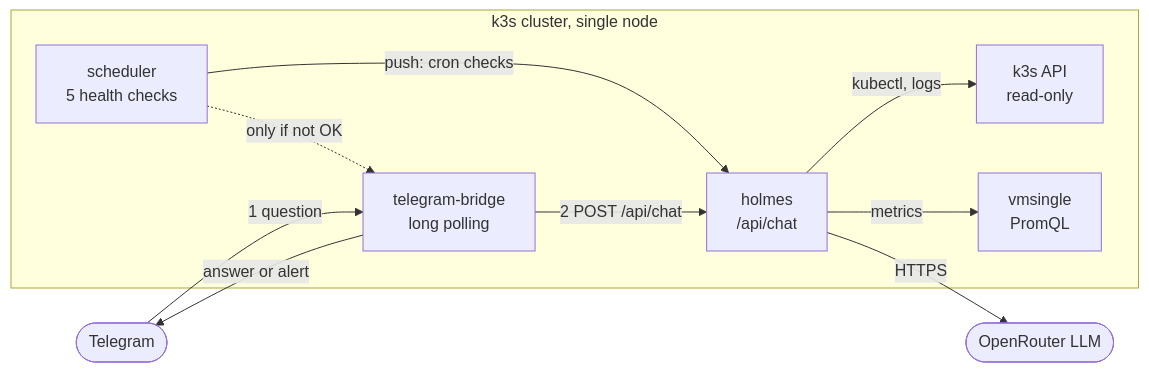
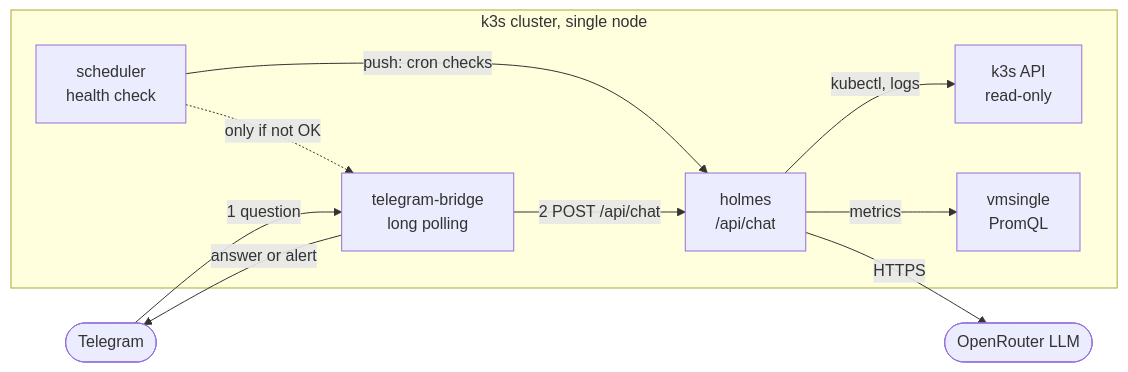
The diagram in content/posts/sherlock-holmes-in-a-bottle.md (lorenzogirardi/website), drawn with Mermaid before and after one commit. The commit also changed other lines of this file and 2 other files, not shown here.

Commit message:
post(sherlock-holmes): single health check, bash/internet toolsets, CVE demo (draft)

```diff
--- a/content/posts/sherlock-holmes-in-a-bottle.md
+++ b/content/posts/sherlock-holmes-in-a-bottle.md
@@ -66,21 +72,21 @@
 {{< mermaid >}}
 flowchart LR
     U([Telegram])
     subgraph NS[k3s cluster, single node]
         B[telegram-bridge<br>long polling]
-        S[scheduler<br>5 health checks]
+        S[scheduler<br>health check]
         H[holmes<br>/api/chat]
         K[k3s API<br>read-only]
         V[vmsingle<br>PromQL]
     end
     L([OpenRouter LLM])
 
     U -->|1 question| B
     B -->|2 POST /api/chat| H
     S -->|push: cron checks| H
     S -.->|only if not OK| B
     B -->|answer or alert| U
     H -->|kubectl, logs| K
     H -->|metrics| V
     H -->|HTTPS| L
 {{< /mermaid >}}
```
